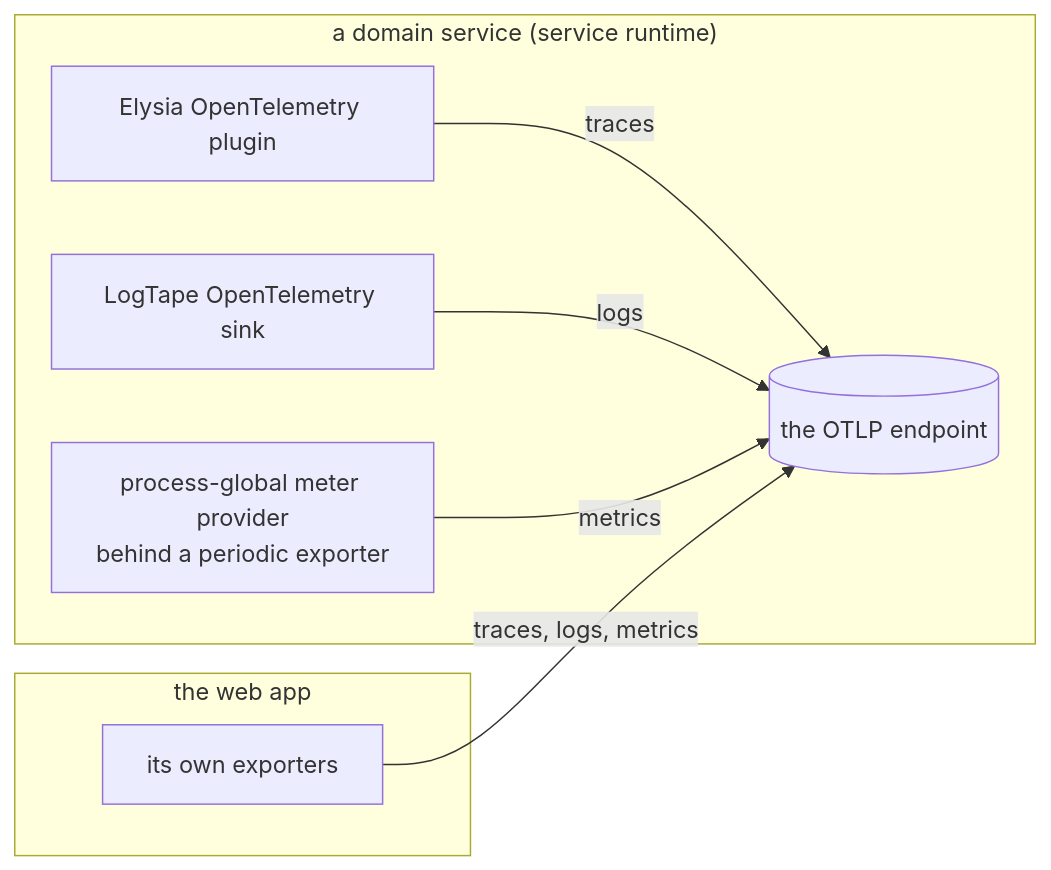
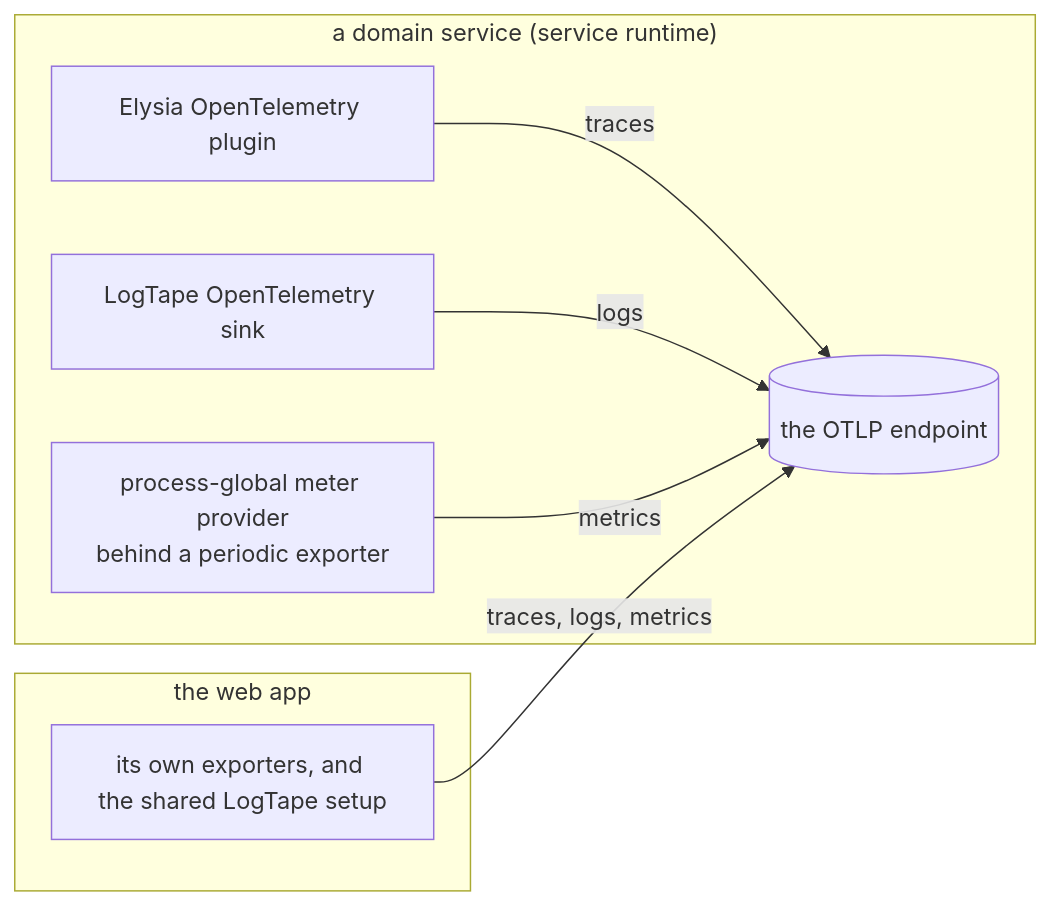
One commit to zgeoff/vers changed the diagram in docs/architecture/platform/observability.md. Above: the diagram before and after it, drawn with Mermaid. The commit also changed other lines of this file and 1 other file, not shown here.

````diff
--- a/docs/architecture/platform/observability.md
+++ b/docs/architecture/platform/observability.md
@@ -10,12 +10,12 @@
 ```mermaid
 flowchart LR
   subgraph service["a domain service (service runtime)"]
     T1[Elysia OpenTelemetry plugin] -->|traces| O
     L1[LogTape OpenTelemetry sink] -->|logs| O
     M1["process-global meter provider<br>behind a periodic exporter"] -->|metrics| O
   end
   subgraph web["the web app"]
-    W[its own exporters] -->|traces, logs, metrics| O
+    W["its own exporters, and the shared LogTape setup"] -->|traces, logs, metrics| O
   end
   O[("the OTLP endpoint")]
 ```
````
